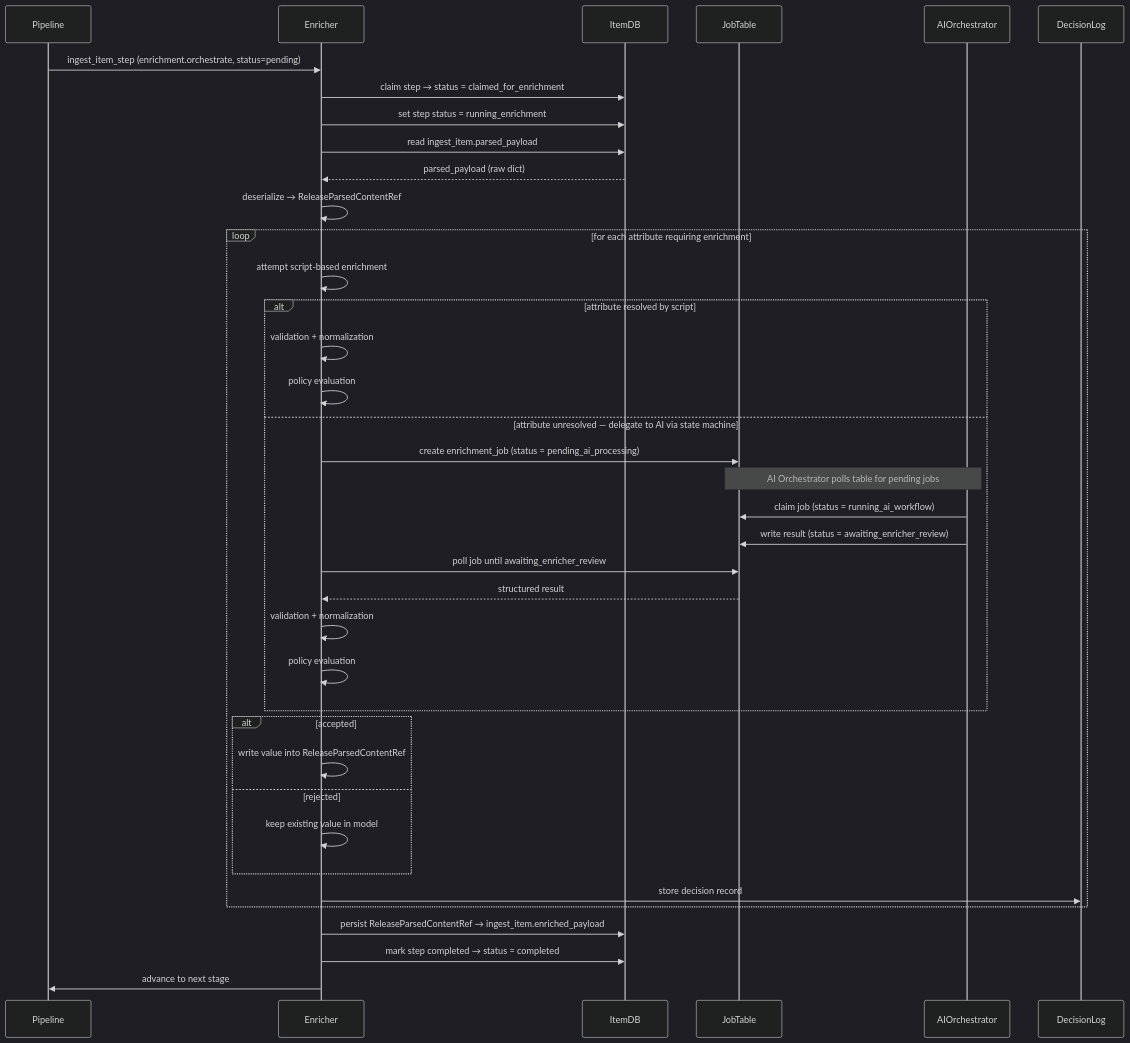
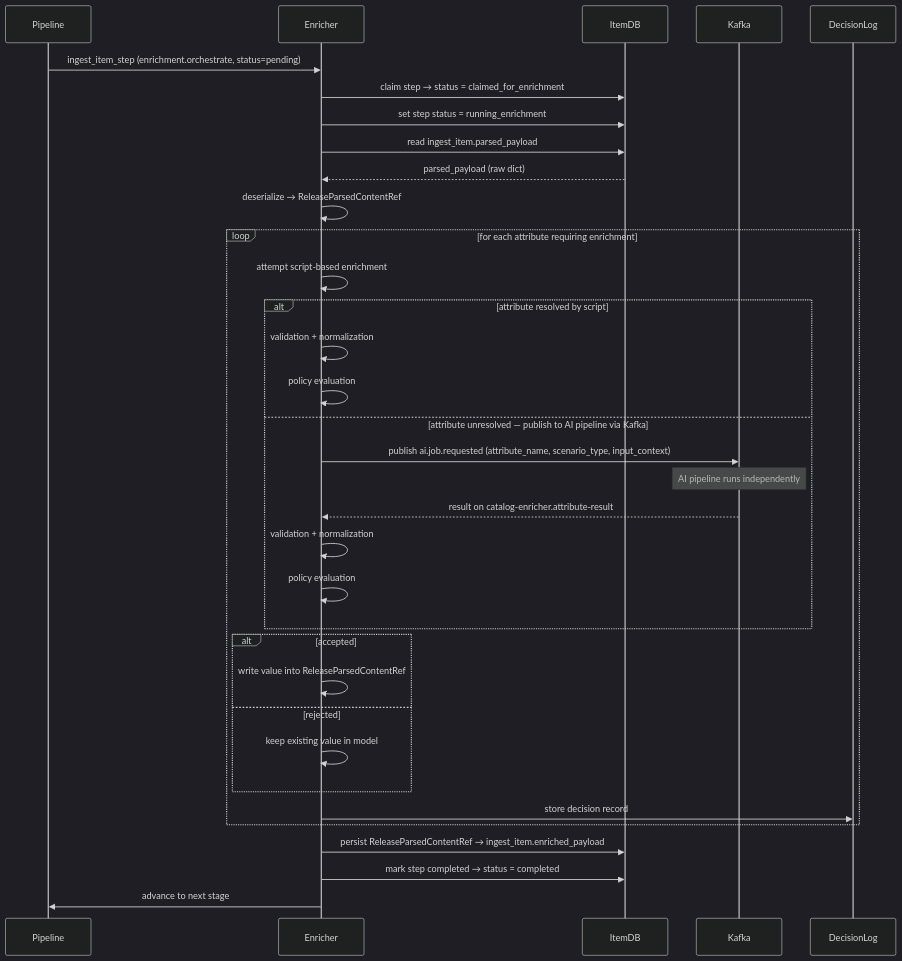
The third of 12 diagrams in monstrino-docs/docs/pipelines/data-ingestion/catalog-ingest/03-catalog-data-enricher.md (MafiaCoconut/Monstrino), drawn with Mermaid (dark theme) before and after one commit. The commit also changed other lines of this file and 68 other files, not shown here.

````diff
--- a/monstrino-docs/docs/pipelines/data-ingestion/catalog-ingest/03-catalog-data-enricher.md
+++ b/monstrino-docs/docs/pipelines/data-ingestion/catalog-ingest/03-catalog-data-enricher.md
@@ -134,53 +137,49 @@
 ```mermaid
 sequenceDiagram
 participant Pipeline
 participant Enricher
 participant ItemDB
-participant JobTable
-participant AIOrchestrator
+participant Kafka
 participant DecisionLog
 
 Pipeline->>Enricher: ingest_item_step (enrichment.orchestrate, status=pending)
 
 Enricher->>ItemDB: claim step → status = claimed_for_enrichment
 Enricher->>ItemDB: set step status = running_enrichment
 
 Enricher->>ItemDB: read ingest_item.parsed_payload
 ItemDB-->>Enricher: parsed_payload (raw dict)
 
 Enricher->>Enricher: deserialize → ReleaseParsedContentRef
 
 loop for each attribute requiring enrichment
 
     Enricher->>Enricher: attempt script-based enrichment
 
     alt attribute resolved by script
         Enricher->>Enricher: validation + normalization
         Enricher->>Enricher: policy evaluation
-    else attribute unresolved — delegate to AI via state machine
-        Enricher->>JobTable: create enrichment_job (status = pending_ai_processing)
-        Note over JobTable,AIOrchestrator: AI Orchestrator polls table for pending jobs
-        AIOrchestrator->>JobTable: claim job (status = running_ai_workflow)
-        AIOrchestrator->>JobTable: write result (status = awaiting_enricher_review)
-        Enricher->>JobTable: poll job until awaiting_enricher_review
-        JobTable-->>Enricher: structured result
+    else attribute unresolved — publish to AI pipeline via Kafka
+        Enricher->>Kafka: publish ai.job.requested (attribute_name, scenario_type, input_context)
+        Note over Kafka: AI pipeline runs independently
+        Kafka-->>Enricher: result on catalog-enricher.attribute-result
         Enricher->>Enricher: validation + normalization
         Enricher->>Enricher: policy evaluation
     end
 
     alt accepted
         Enricher->>Enricher: write value into ReleaseParsedContentRef
     else rejected
         Enricher->>Enricher: keep existing value in model
     end
 
     Enricher->>DecisionLog: store decision record
 
 end
 
 Enricher->>ItemDB: persist ReleaseParsedContentRef → ingest_item.enriched_payload
 
 Enricher->>ItemDB: mark step completed → status = completed
 
 Enricher->>Pipeline: advance to next stage
 ```
````
